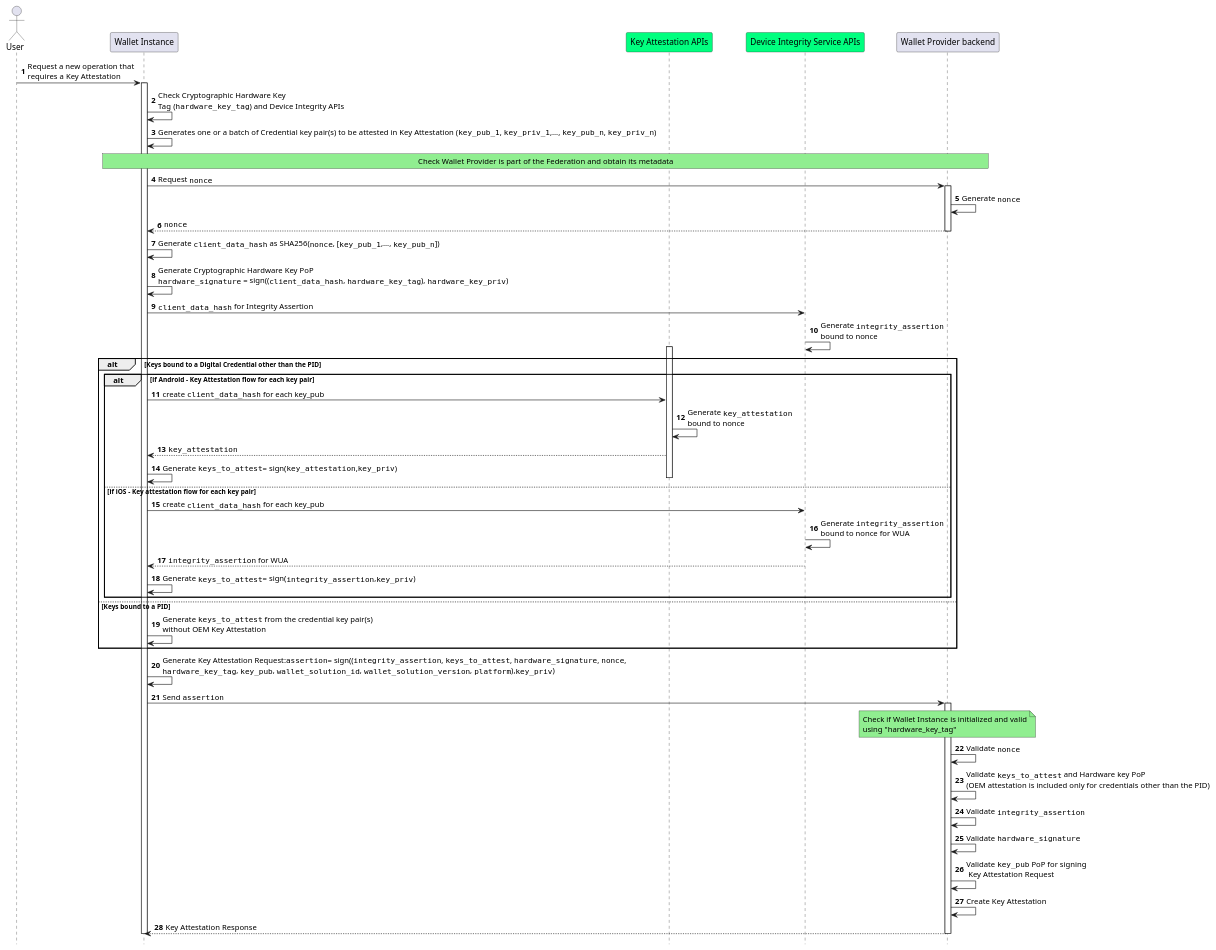
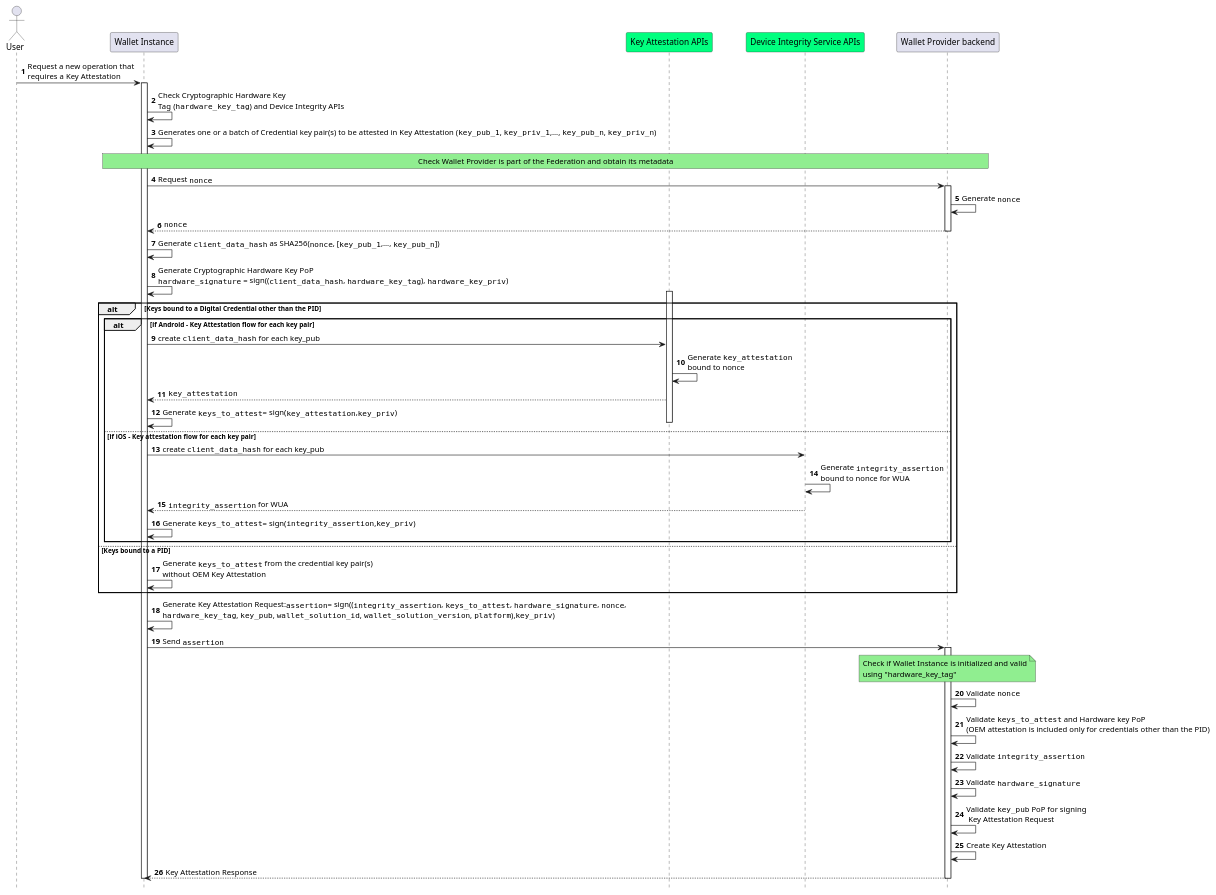
Before and after one commit to italia/eid-wallet-it-docs: the diagram in docs/en/plantuml/wallet-attestation-issuance.puml, drawn with PlantUML.

Commit message:
Apply batched suggestions from code review

```diff
--- a/docs/en/plantuml/wallet-attestation-issuance.puml
+++ b/docs/en/plantuml/wallet-attestation-issuance.puml
@@ -1,87 +1,85 @@
 @startuml Wallet App and Wallet Unit Attestations Issuance
 autonumber
 hide footbox
 
 'Participants
 actor "User" as user
 participant "Wallet Instance" as app 
 participant "Key Attestation APIs" as kats #springgreen
 participant "Device Integrity Service APIs" as aats #springgreen
 participant "Wallet Provider backend" as bck
 
 user->app: Request a new operation that\nrequires a Key Attestation 
 activate app
 
 app->app: Check Cryptographic Hardware Key \nTag (""hardware_key_tag"") and Device Integrity APIs
 
 app->app: Generates one or a batch of Credential key pair(s) to be attested in Key Attestation (""key_pub_1"", ""key_priv_1"",..., ""key_pub_n"", ""key_priv_n"")
 
 rnote over app,bck #LIGHTGREEN
 Check Wallet Provider is part of the Federation and obtain its metadata
 endrnote
 
 app->bck: Request ""nonce""
 activate bck
 
 bck->bck: Generate ""nonce""
 
 bck-->app: ""nonce""
 deactivate bck
 
 
 app->app: Generate ""client_data_hash"" as SHA256(""nonce"", [""key_pub_1"",..., ""key_pub_n""]) 
 
 app->app: Generate Cryptographic Hardware Key PoP\n""hardware_signature"" = sign((""client_data_hash"", ""hardware_key_tag""), ""hardware_key_priv"")
 
-app->aats: ""client_data_hash"" for Integrity Assertion
-aats->aats: Generate ""integrity_assertion""\nbound to nonce 
 
 alt Keys bound to a Digital Credential other than the PID
 
 alt if Android - Key Attestation flow for each key pair
 
 activate kats
 
 app->kats: create ""client_data_hash"" for each key_pub
 
 kats->kats: Generate ""key_attestation""\nbound to nonce
 
 kats-->app: ""key_attestation"" 
 app->app : Generate ""keys_to_attest""= sign(""key_attestation"",""key_priv"")
 
 deactivate kats
 
 else if iOS - Key attestation flow for each key pair
 
 app->aats: create ""client_data_hash"" for each key_pub
 aats->aats: Generate ""integrity_assertion""\nbound to nonce for WUA
 aats-->app: ""integrity_assertion"" for WUA 
 app->app : Generate ""keys_to_attest""= sign(""integrity_assertion"",""key_priv"")
 end
 
 else Keys bound to a PID
 app->app: Generate ""keys_to_attest"" from the credential key pair(s)\nwithout OEM Key Attestation
 end
 
 
 app->app: Generate Key Attestation Request:""assertion""= sign((""integrity_assertion"", ""keys_to_attest"", ""hardware_signature"", ""nonce"",\n""hardware_key_tag"", ""key_pub"", ""wallet_solution_id"", ""wallet_solution_version"", ""platform""),""key_priv"")
 app->bck: Send ""assertion""
 activate bck
 Note over bck, bck #LIGHTGREEN
 Check if Wallet Instance is initialized and valid
 using "hardware_key_tag"
 End note
 
 bck->bck: Validate ""nonce""
 bck->bck: Validate ""keys_to_attest"" and Hardware key PoP\n(OEM attestation is included only for credentials other than the PID)
 bck->bck: Validate ""integrity_assertion""
 bck->bck: Validate ""hardware_signature""
 bck->bck: Validate ""key_pub"" PoP for signing\n Key Attestation Request
 bck->bck: Create Key Attestation
 
 
 bck-->app: Key Attestation Response
 
 deactivate bck
 deactivate app
 @enduml
```
